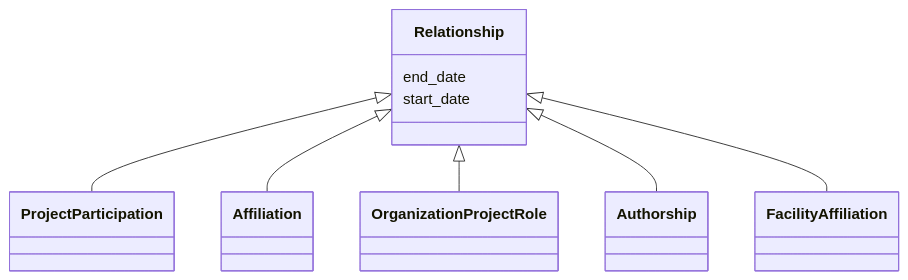
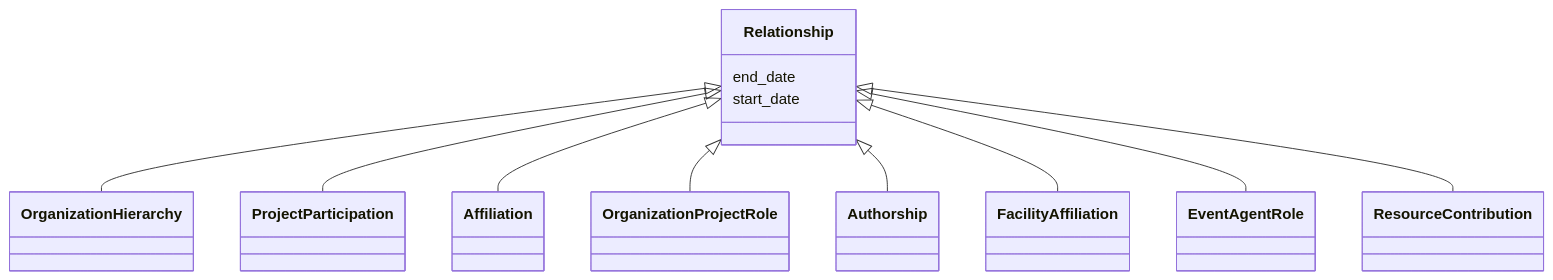
Before and after one commit to DARIAH-IL/idhi-manifests: the diagram in docs/classes/Relationship.md, drawn with Mermaid. The commit also changed other lines of this file and 68 other files, not shown here.

````diff
--- a/docs/classes/Relationship.md
+++ b/docs/classes/Relationship.md
@@ -24,23 +24,29 @@
 ```mermaid
  classDiagram
     class Relationship
       
 
+      Relationship <|-- OrganizationHierarchy
+        click OrganizationHierarchy href "../../classes/OrganizationHierarchy/"
       Relationship <|-- ProjectParticipation
         click ProjectParticipation href "../../classes/ProjectParticipation/"
       Relationship <|-- Affiliation
         click Affiliation href "../../classes/Affiliation/"
       Relationship <|-- OrganizationProjectRole
         click OrganizationProjectRole href "../../classes/OrganizationProjectRole/"
       Relationship <|-- Authorship
         click Authorship href "../../classes/Authorship/"
       Relationship <|-- FacilityAffiliation
         click FacilityAffiliation href "../../classes/FacilityAffiliation/"
+      Relationship <|-- EventAgentRole
+        click EventAgentRole href "../../classes/EventAgentRole/"
+      Relationship <|-- ResourceContribution
+        click ResourceContribution href "../../classes/ResourceContribution/"
       
 
       Relationship : end_date
         
       Relationship : start_date
         
       
 ```
````
